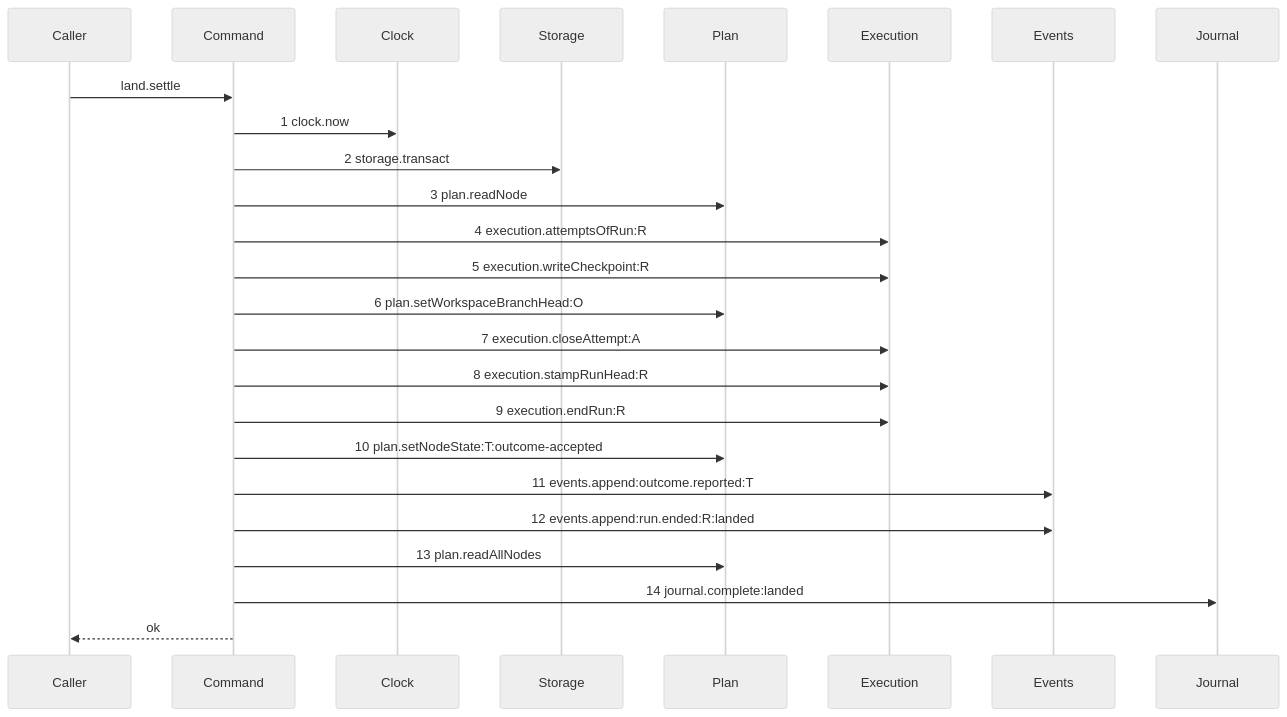
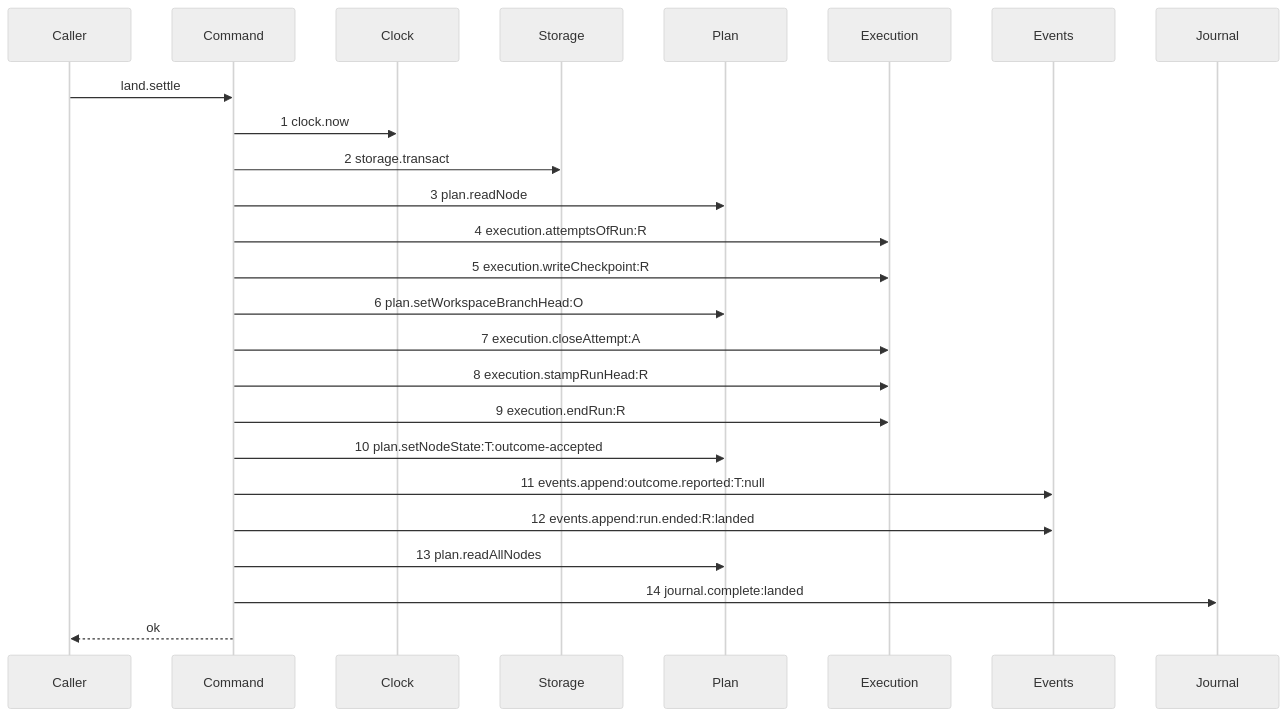
Before and after one commit to kanthorlabs/kanthord-engine: the diagram in .agents/plan/stories/051.3-the-checkpoint-and-the-land/04-the-accepted-settle.md, drawn with Mermaid (neutral theme). The commit also changed other lines of this file and 2 other files, not shown here.

First line of the commit message:
docs(plan): correct the outcome.reported token in three drawn paths

````diff
--- a/.agents/plan/stories/051.3-the-checkpoint-and-the-land/04-the-accepted-settle.md
+++ b/.agents/plan/stories/051.3-the-checkpoint-and-the-land/04-the-accepted-settle.md
@@ -32,27 +32,27 @@
 ```mermaid
 sequenceDiagram
     participant Caller
     participant Command
     participant Clock
     participant Storage
     participant Plan
     participant Execution
     participant Events
     participant Journal
     Caller->>Command: land.settle
     Command->>Clock: 1 clock.now
     Command->>Storage: 2 storage.transact
     Command->>Plan: 3 plan.readNode
     Command->>Execution: 4 execution.attemptsOfRun:R
     Command->>Execution: 5 execution.writeCheckpoint:R
     Command->>Plan: 6 plan.setWorkspaceBranchHead:O
     Command->>Execution: 7 execution.closeAttempt:A
     Command->>Execution: 8 execution.stampRunHead:R
     Command->>Execution: 9 execution.endRun:R
     Command->>Plan: 10 plan.setNodeState:T:outcome-accepted
-    Command->>Events: 11 events.append:outcome.reported:T
+    Command->>Events: 11 events.append:outcome.reported:T:null
     Command->>Events: 12 events.append:run.ended:R:landed
     Command->>Plan: 13 plan.readAllNodes
     Command->>Journal: 14 journal.complete:landed
     Command-->>Caller: ok
 ```
````
